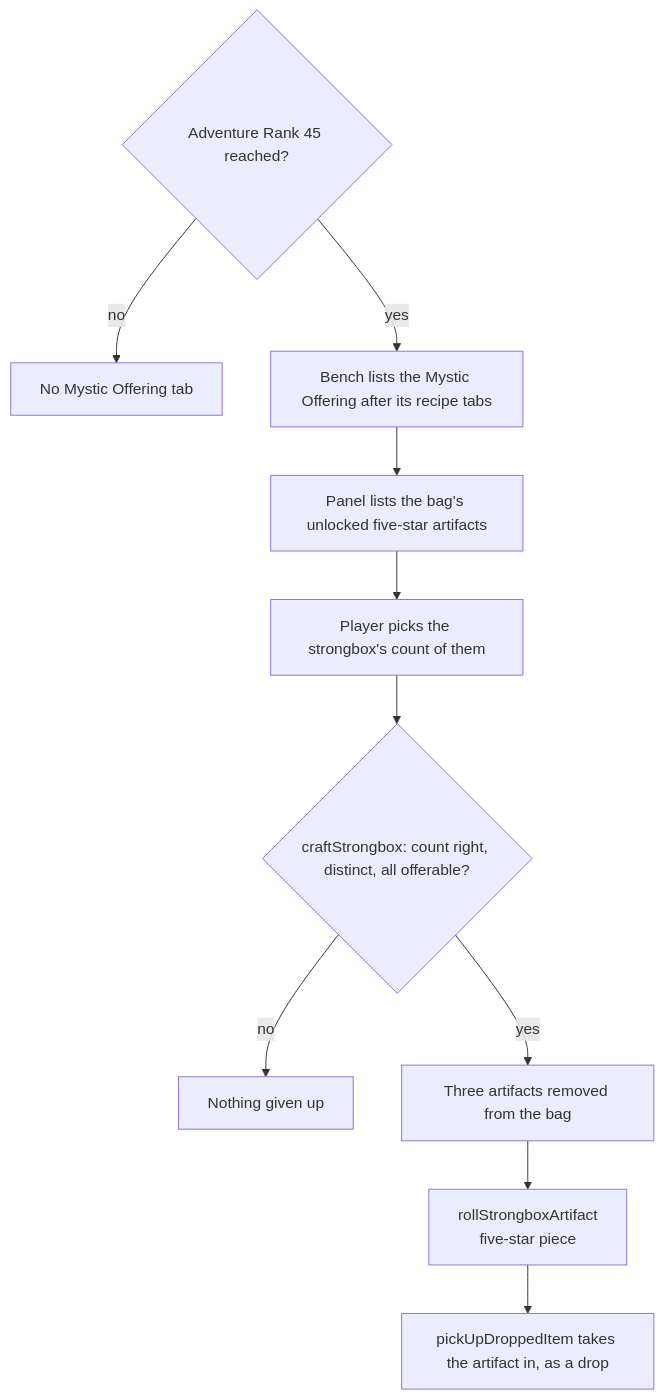
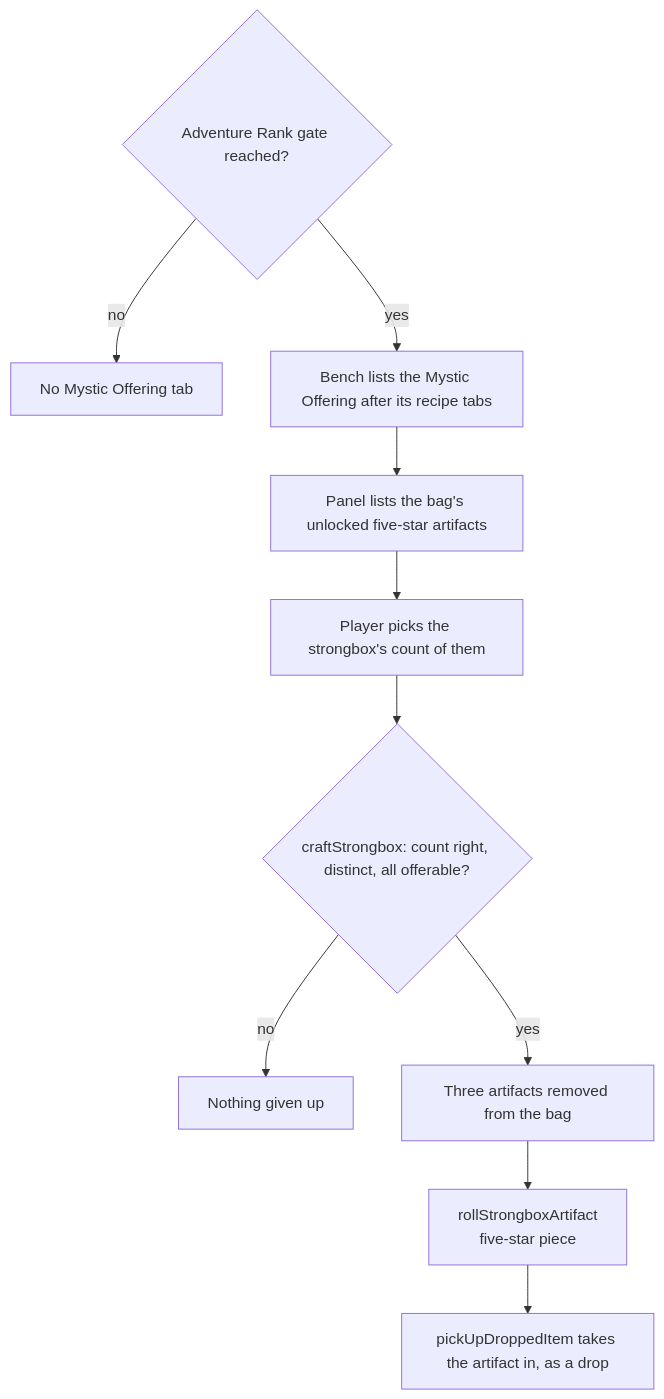
Before and after one commit to Esposter/Esposter: the diagram in openspec/specs/genshin/artifact-strongbox/design.md, drawn with Mermaid. The commit also changed other lines of this file and 41 other files, not shown here.

````diff
--- a/openspec/specs/genshin/artifact-strongbox/design.md
+++ b/openspec/specs/genshin/artifact-strongbox/design.md
@@ -7,12 +7,12 @@
 ```mermaid
 flowchart TD
-  G{"Adventure Rank 45 reached?"} -->|"no"| X["No Mystic Offering tab"]
+  G{"Adventure Rank gate reached?"} -->|"no"| X["No Mystic Offering tab"]
   G -->|"yes"| TAB["Bench lists the Mystic Offering after its recipe tabs"]
   TAB --> PANEL["Panel lists the bag's unlocked five-star artifacts"]
   PANEL --> PICK["Player picks the strongbox's count of them"]
   PICK --> CHECK{"craftStrongbox: count right, distinct, all offerable?"}
   CHECK -->|"no"| NONE["Nothing given up"]
   CHECK -->|"yes"| REMOVE["Three artifacts removed from the bag"]
   REMOVE --> ROLL["rollStrongboxArtifact<br/>five-star piece"]
   ROLL --> PICKUP["pickUpDroppedItem takes the artifact in, as a drop"]
 ```
````
